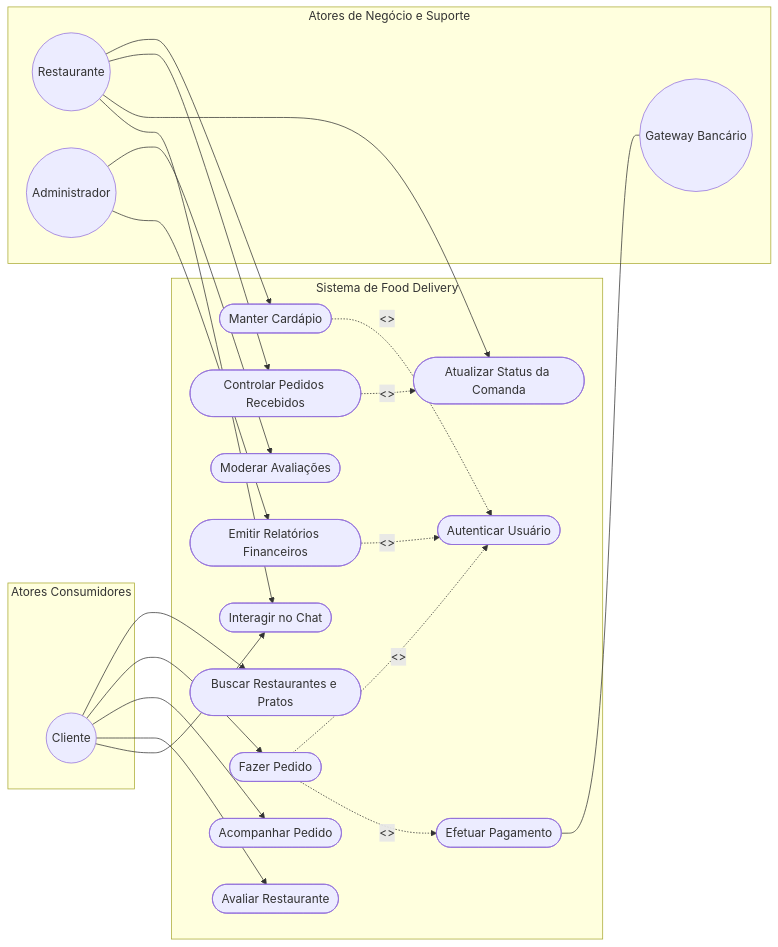
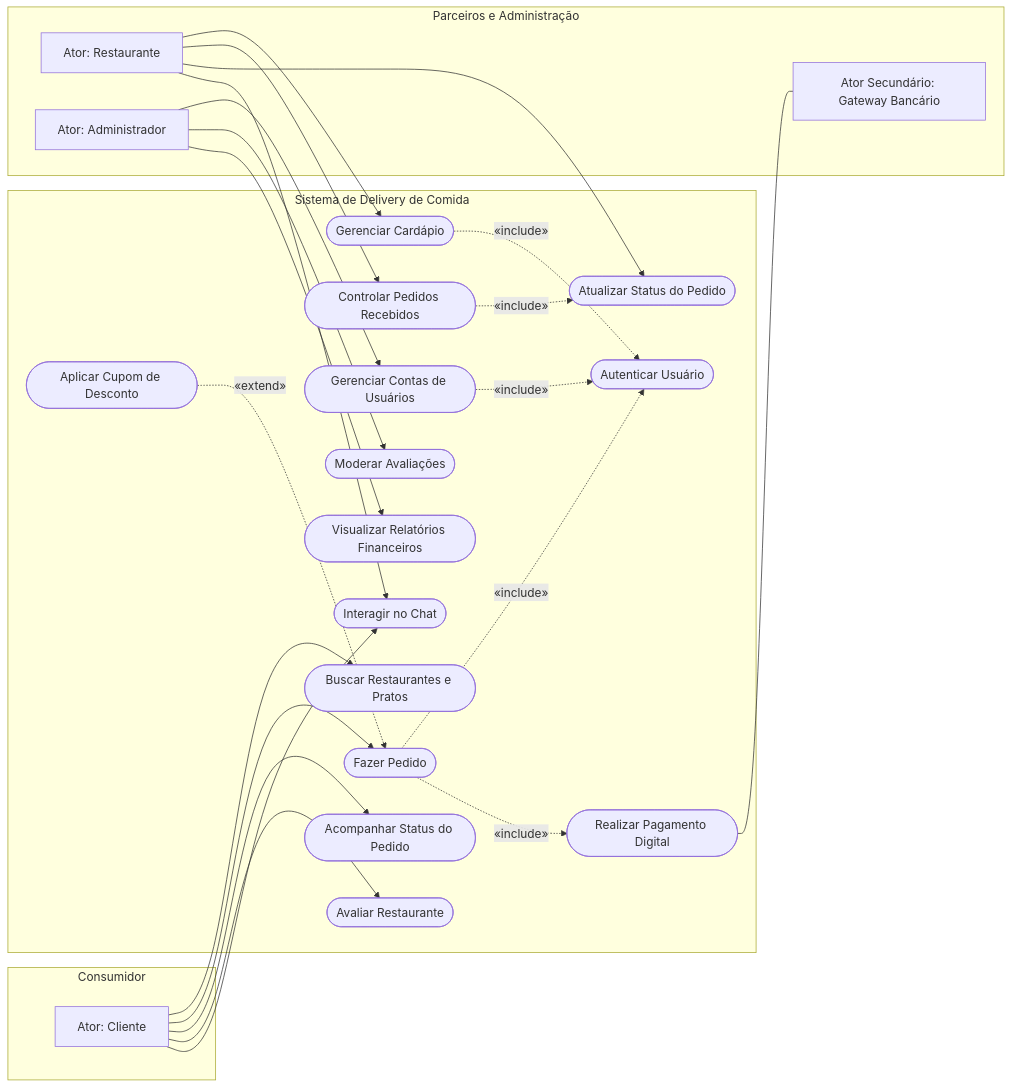
Before and after one commit to murilolol/unifef: diagram 11 of 29 in 4º Semestre/[Prof. Wesley Soares] Engenharia de Software II/Resumos-IA/Simulados-Comentados.md, drawn with Mermaid. The commit also changed other lines of this file and 40 other files, not shown here.

````diff
--- a/4º Semestre/[Prof. Wesley Soares] Engenharia de Software II/Resumos-IA/Simulados-Comentados.md
+++ b/4º Semestre/[Prof. Wesley Soares] Engenharia de Software II/Resumos-IA/Simulados-Comentados.md
@@ -691,49 +425,56 @@
 ```mermaid
 flowchart LR
- subgraph Clientes["Atores Consumidores"]
- C((Cliente))
+ subgraph AtoresClientes["Consumidor"]
+ Cliente["Ator: Cliente"]
  end
 
- subgraph FronteiraDelivery["Sistema de Food Delivery"]
- UC_BuscaRest(["Buscar Restaurantes e Pratos"])
- UC_FazerPed(["Fazer Pedido"])
- UC_AcompPed(["Acompanhar Pedido"])
- UC_Avaliar(["Avaliar Restaurante"])
- UC_Chat(["Interagir no Chat"])
- UC_Cardapio(["Manter Cardápio"])
- UC_ControlePed(["Controlar Pedidos Recebidos"])
- UC_TransStatus(["Atualizar Status da Comanda"])
- UC_Moderar(["Moderar Avaliações"])
- UC_Relatorios(["Emitir Relatórios Financeiros"])
- UC_Auth(["Autenticar Usuário"])
- UC_Pagar(["Efetuar Pagamento"])
+ subgraph FronteiraDelivery["Sistema de Delivery de Comida"]
+ UC1(["Buscar Restaurantes e Pratos"])
+ UC2(["Fazer Pedido"])
+ UC3(["Acompanhar Status do Pedido"])
+ UC4(["Avaliar Restaurante"])
+ UC5(["Realizar Pagamento Digital"])
+ UC6(["Interagir no Chat"])
+ UC7(["Aplicar Cupom de Desconto"])
+ 
+ UC8(["Gerenciar Cardápio"])
+ UC9(["Controlar Pedidos Recebidos"])
+ UC10(["Atualizar Status do Pedido"])
+ 
+ UC11(["Autenticar Usuário"])
+ UC12(["Gerenciar Contas de Usuários"])
+ UC13(["Moderar Avaliações"])
+ UC14(["Visualizar Relatórios Financeiros"])
  end
 
- subgraph Gestao["Atores de Negócio e Suporte"]
- R((Restaurante))
- A((Administrador))
- B((Gateway Bancário))
+ subgraph AtoresGestao["Parceiros e Administração"]
+ Restaurante["Ator: Restaurante"]
+ Admin["Ator: Administrador"]
+ Gateway["Ator Secundário: Gateway Bancário"]
  end
 
- C --> UC_BuscaRest
- C --> UC_FazerPed
- C --> UC_AcompPed
- C --> UC_Avaliar
- C --> UC_Chat
+ Cliente --> UC1
+ Cliente --> UC2
+ Cliente --> UC3
+ Cliente --> UC4
+ Cliente --> UC6
 
- R --> UC_Cardapio
- R --> UC_ControlePed
- R --> UC_TransStatus
- R --> UC_Chat
+ Restaurante --> UC8
+ Restaurante --> UC9
+ Restaurante --> UC10
+ Restaurante --> UC6
 
- A --> UC_Moderar
- A --> UC_Relatorios
+ Admin --> UC12
+ Admin --> UC13
+ Admin --> UC14
 
- UC_FazerPed -.->|<<include>>| UC_Auth
- UC_FazerPed -.->|<<include>>| UC_Pagar
- UC_Cardapio -.->|<<include>>| UC_Auth
- UC_Relatorios -.->|<<include>>| UC_Auth
-
- UC_ControlePed -.->|<<include>>| UC_TransStatus
- UC_Pagar --- B
+ UC2 -.->|"«include»"| UC11
+ UC8 -.->|"«include»"| UC11
+ UC12 -.->|"«include»"| UC11
+ 
+ UC2 -.->|"«include»"| UC5
+ UC5 --- Gateway
+ 
+ UC7 -.->|"«extend»"| UC2
+ UC9 -.->|"«include»"| UC10
 ```
````
